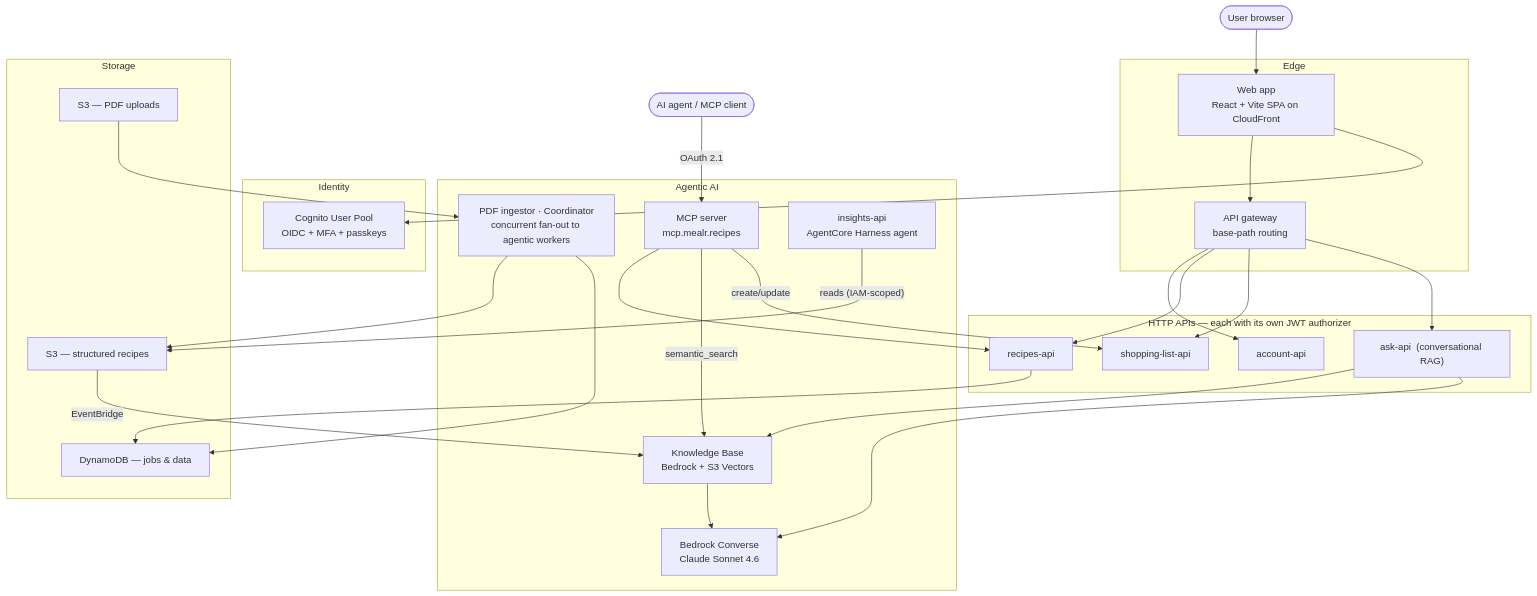
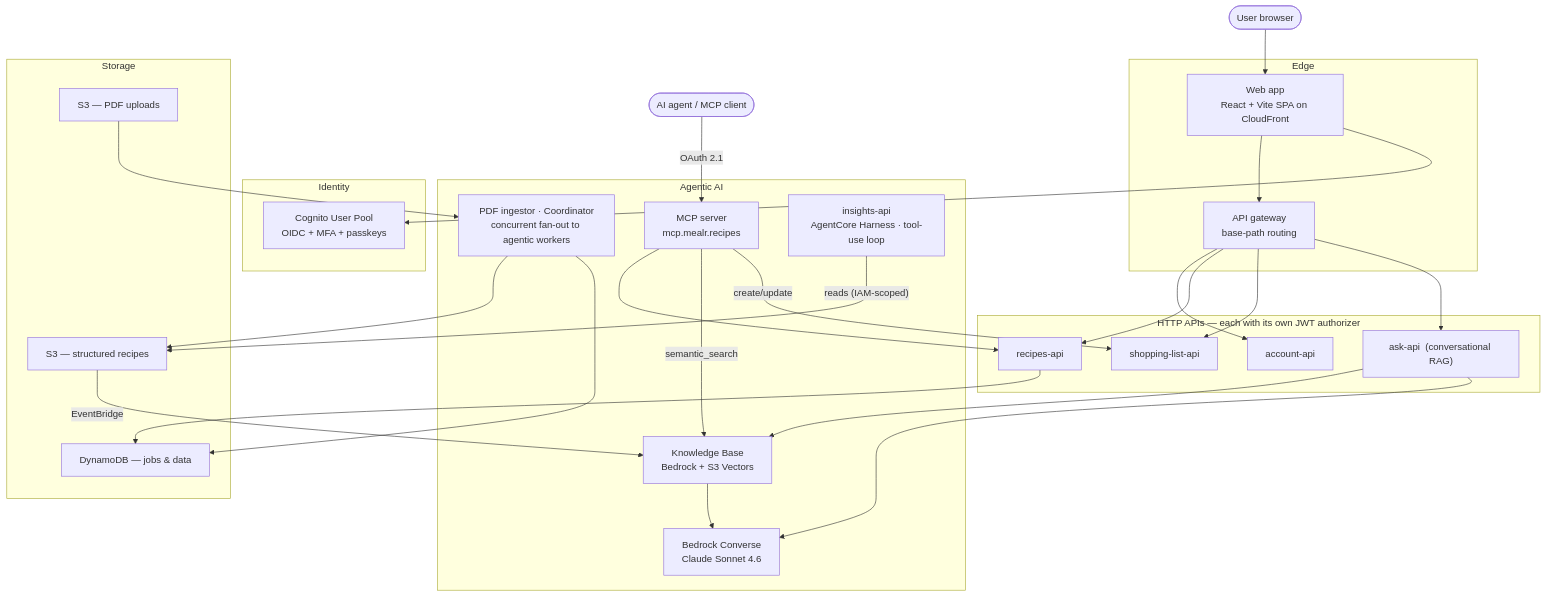
Before and after one commit to dbryant4/mealr-case-study: the diagram in README.md, drawn with Mermaid. The commit also changed other lines of this file and 1 other file, not shown here.

Commit message:
v1.6.0 — diagram: add section 5 (agentic insights job — Harness tool-use loop, IAM-scoped S3 reads); fix arrow markers

````diff
--- a/README.md
+++ b/README.md
@@ -81,51 +81,51 @@
 ```mermaid
 flowchart TB
   user(["User browser"])
 
   subgraph edge ["Edge"]
     web["Web app<br/>React + Vite SPA on CloudFront"]
     gw["API gateway<br/>base-path routing"]
   end
 
   subgraph identity ["Identity"]
     cognito["Cognito User Pool<br/>OIDC + MFA + passkeys"]
   end
 
   subgraph apis ["HTTP APIs — each with its own JWT authorizer"]
     account["account-api"]
     recipes["recipes-api"]
     shopping["shopping-list-api"]
     ask["ask-api  (conversational RAG)"]
   end
 
   subgraph ai ["Agentic AI"]
     kb["Knowledge Base<br/>Bedrock + S3 Vectors"]
     bedrock["Bedrock Converse<br/>Claude Sonnet 4.6"]
     ingest["PDF ingestor · Coordinator<br/>concurrent fan-out to agentic workers"]
     mcp["MCP server<br/>mcp.mealr.recipes"]
-    insights["insights-api<br/>AgentCore Harness agent"]
+    insights["insights-api<br/>AgentCore Harness · tool-use loop"]
   end
 
   agent(["AI agent / MCP client"])
 
   subgraph data ["Storage"]
     s3in["S3 — PDF uploads"]
     s3out["S3 — structured recipes"]
     ddb["DynamoDB — jobs & data"]
   end
 
   user --> web --> gw
   web --> cognito
   gw --> account & recipes & shopping & ask
   s3in --> ingest --> s3out
   s3out -- EventBridge --> kb
   ask --> kb --> bedrock
   ask --> bedrock
   agent -- OAuth 2.1 --> mcp
   mcp --> recipes
   mcp -- semantic_search --> kb
   mcp -- create/update --> shopping
   insights -- reads (IAM-scoped) --> s3out
   recipes --> ddb
   ingest --> ddb
 ```
````
